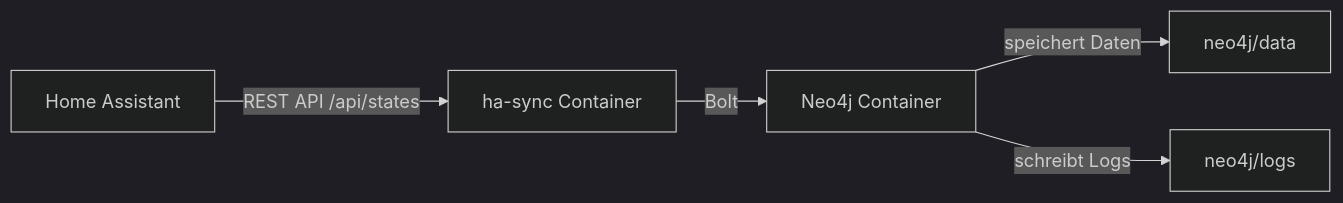
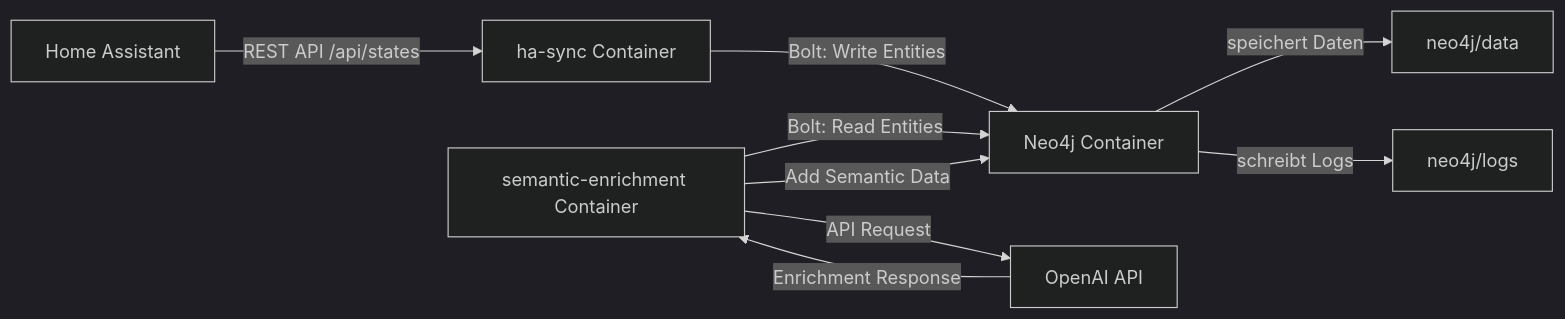
One commit to joku-dev/ha-CPsWMS changed the diagram in docs/ARCHITECTURE.md. Above: the diagram before and after it, drawn with Mermaid (dark theme). The commit also changed other lines of this file and 4 other files, not shown here.

First line of the commit message:
docs: comprehensive documentation for ha-neo4j with semantic enrichment

````diff
--- a/docs/ARCHITECTURE.md
+++ b/docs/ARCHITECTURE.md
@@ -28,13 +27,19 @@
 ```mermaid
 flowchart LR
   HA[Home Assistant]
   Sync[ha-sync Container]
+  Enrich[semantic-enrichment Container]
   Neo4j[Neo4j Container]
+  OpenAI["OpenAI API"]
   Data[neo4j/data]
   Logs[neo4j/logs]
 
   HA -->|REST API /api/states| Sync
-  Sync -->|Bolt| Neo4j
+  Sync -->|Bolt: Write Entities| Neo4j
+  Enrich -->|Bolt: Read Entities| Neo4j
+  Enrich -->|Add Semantic Data| Neo4j
+  Enrich -->|API Request| OpenAI
+  OpenAI -->|Enrichment Response| Enrich
   Neo4j -->|speichert Daten| Data
   Neo4j -->|schreibt Logs| Logs
 ```
````
